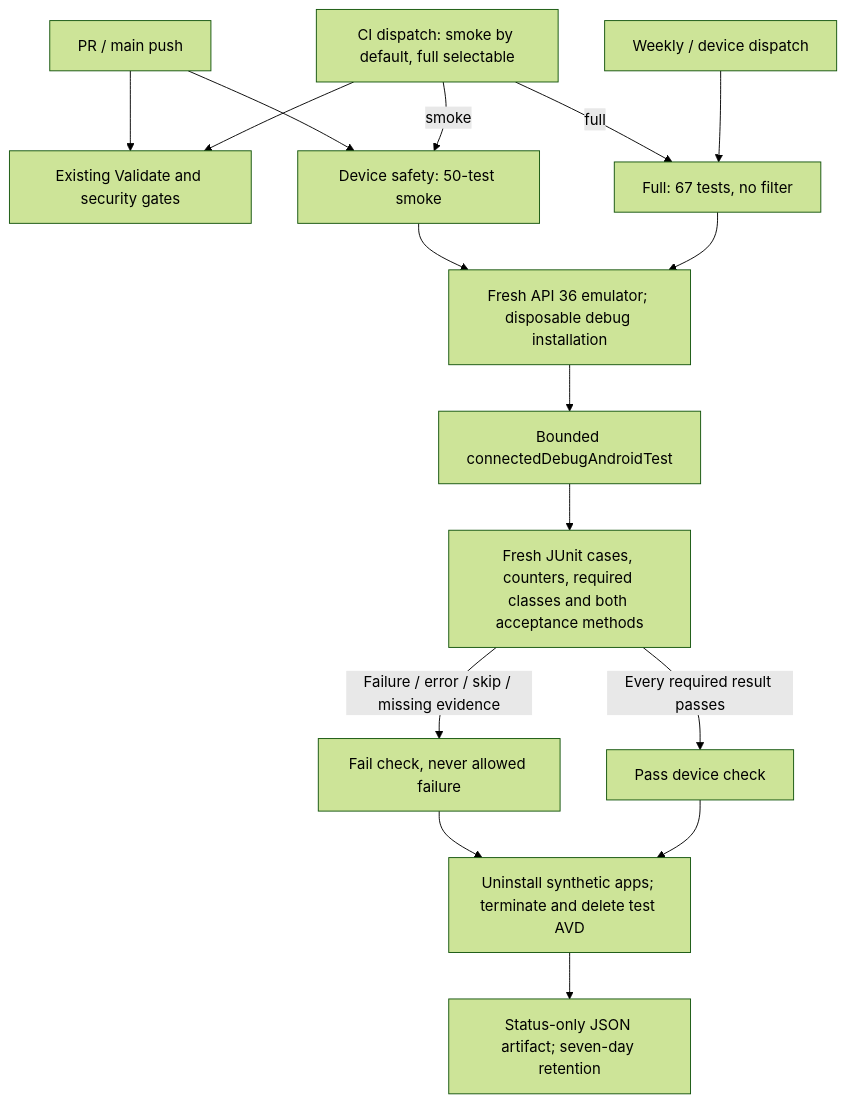
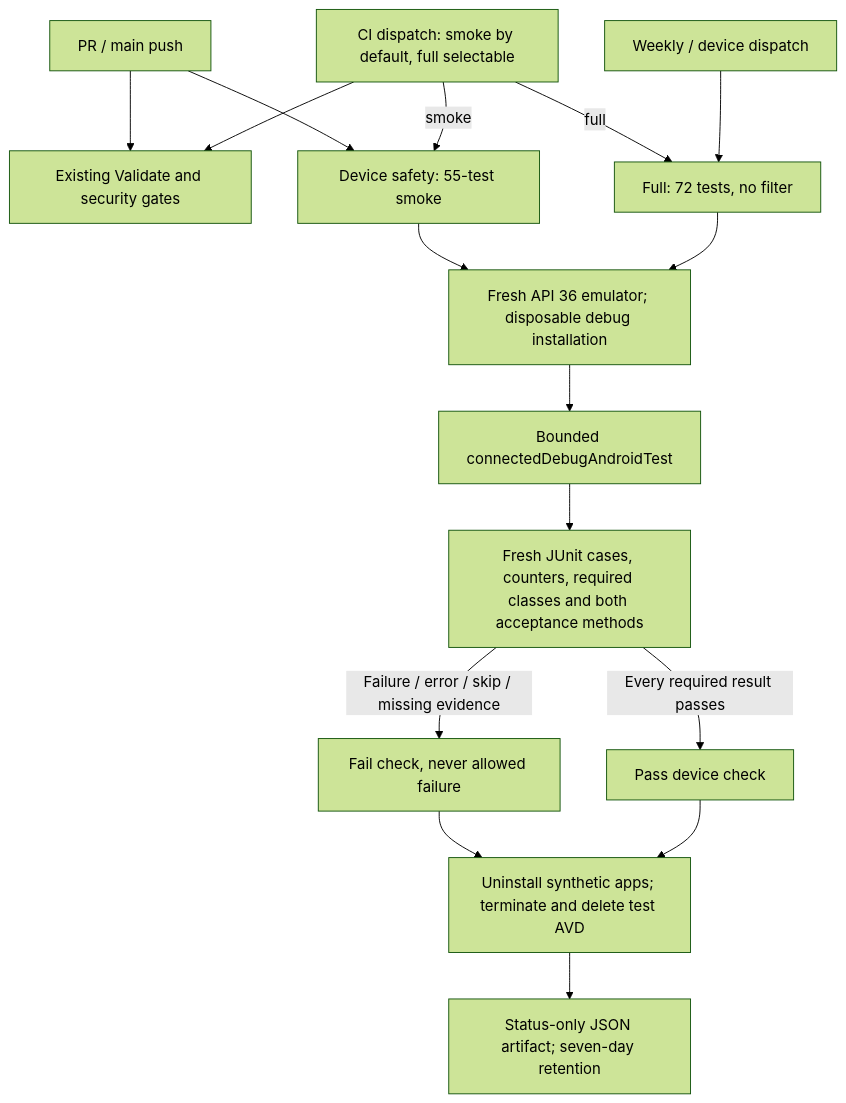
Before and after one commit to mcasillas17/WebSnag: the diagram in docs/testing/device-tests.md, drawn with Mermaid (forest theme). The commit also changed other lines of this file and 12 other files, not shown here.

````diff
--- a/docs/testing/device-tests.md
+++ b/docs/testing/device-tests.md
@@ -57,18 +66,18 @@
 ```mermaid
 flowchart TD
     PR["PR / main push"] --> V["Existing Validate and security gates"]
-    PR --> S["Device safety: 50-test smoke"]
+    PR --> S["Device safety: 55-test smoke"]
     D["CI dispatch: smoke by default, full selectable"] --> V
     D -->|"smoke"| S
     D -->|"full"| F
-    M["Weekly / device dispatch"] --> F["Full: 67 tests, no filter"]
+    M["Weekly / device dispatch"] --> F["Full: 72 tests, no filter"]
     S --> E["Fresh API 36 emulator; disposable debug installation"]
     F --> E
     E --> R["Bounded connectedDebugAndroidTest"]
     R --> J["Fresh JUnit cases, counters, required classes and both acceptance methods"]
     J -->|"Failure / error / skip / missing evidence"| X["Fail check, never allowed failure"]
     J -->|"Every required result passes"| P["Pass device check"]
     X --> C["Uninstall synthetic apps; terminate and delete test AVD"]
     P --> C
     C --> A["Status-only JSON artifact; seven-day retention"]
 ```
````
